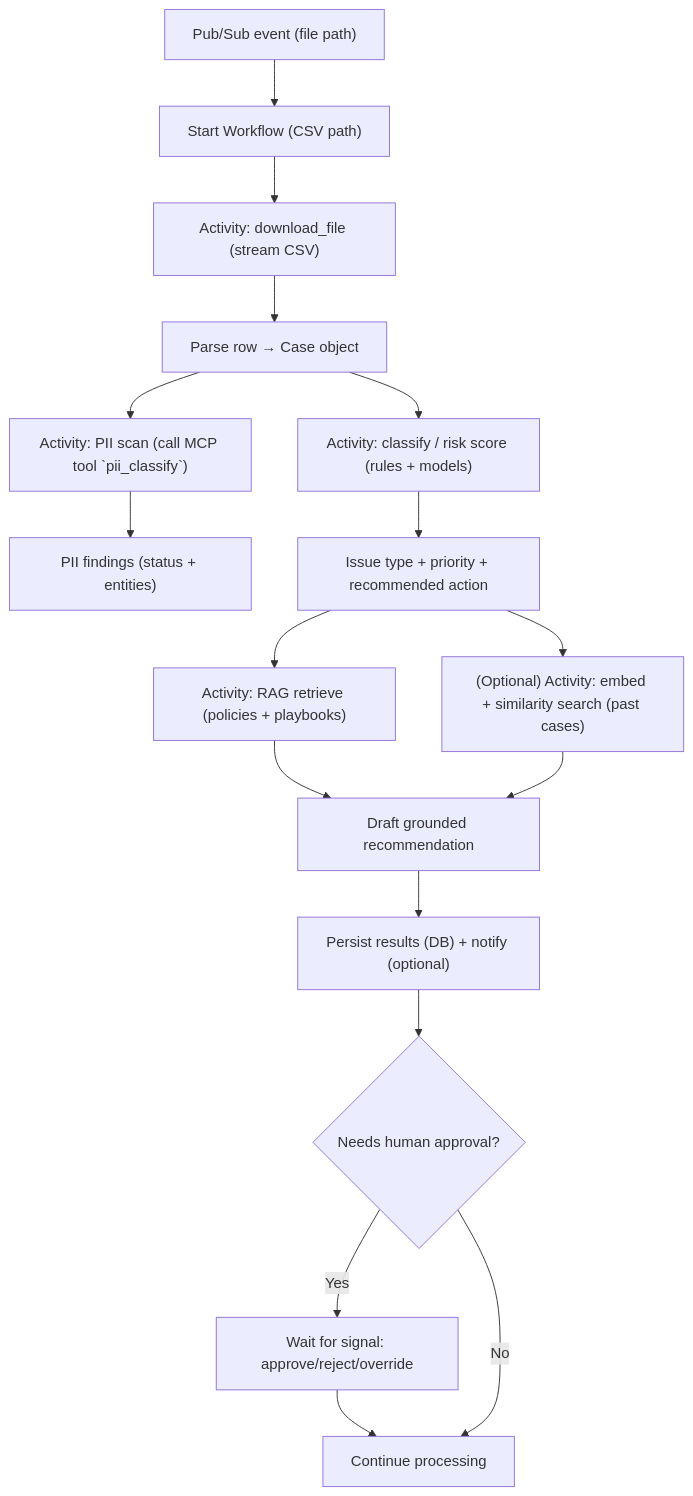
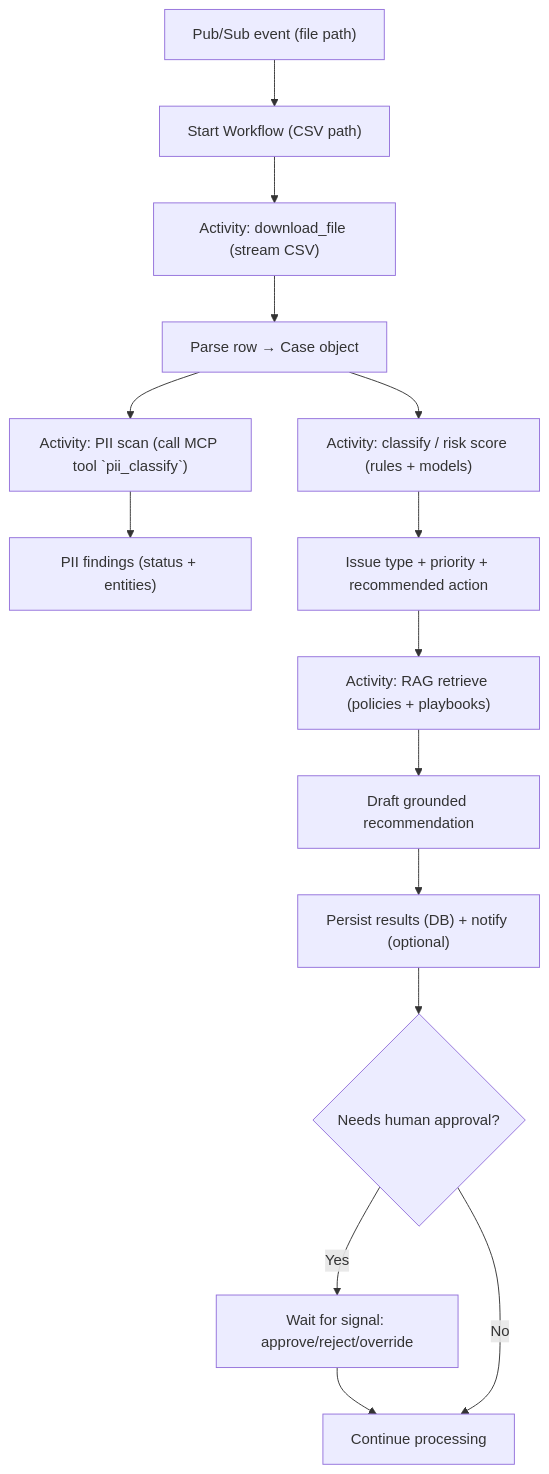
Before and after one commit to houmanka/fraud_detection: the diagram in docs/scenario.md, drawn with Mermaid. The commit also changed other lines of this file, not shown here.

````diff
--- a/docs/scenario.md
+++ b/docs/scenario.md
@@ -79,25 +72,22 @@
 ```mermaid
 flowchart TD
   A["Pub/Sub event (file path)"] --> B["Start Workflow (CSV path)"]
   B --> C["Activity: download_file (stream CSV)"]
   C --> D["Parse row → Case object"]
 
   D --> E["Activity: PII scan (call MCP tool `pii_classify`)"]
   E --> F["PII findings (status + entities)"]
 
   D --> G["Activity: classify / risk score (rules + models)"]
   G --> H["Issue type + priority + recommended action"]
 
   H --> I["Activity: RAG retrieve (policies + playbooks)"]
   I --> J["Draft grounded recommendation"]
 
-  H --> K["(Optional) Activity: embed + similarity search (past cases)"]
-  K --> J
-
   J --> L["Persist results (DB) + notify (optional)"]
 
   L --> M{"Needs human approval?"}
   M -- "Yes" --> N["Wait for signal: approve/reject/override"]
   N --> O["Continue processing"]
   M -- "No" --> O["Continue processing"]
 ```
````
